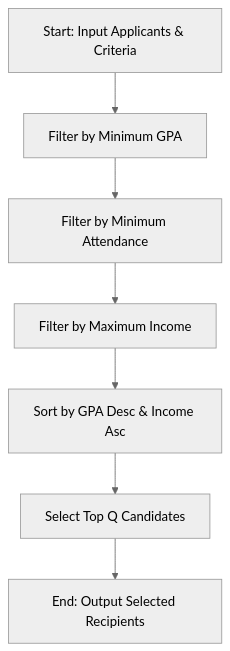
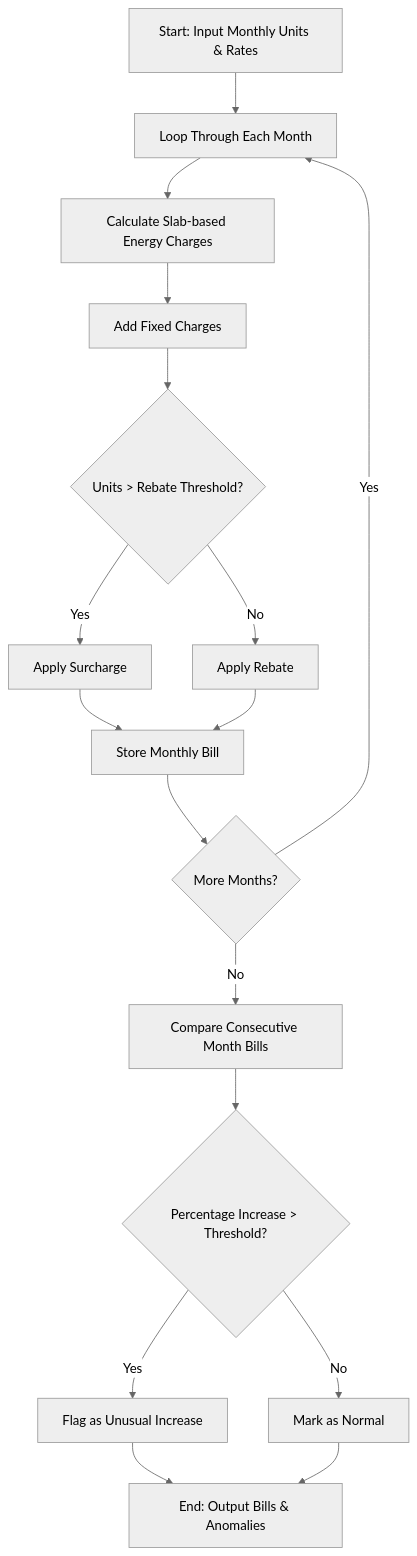
The diagram in task1/code.md (maheshjuvvanaboyina-glitch/python-activity-assignments), drawn with Mermaid (neutral theme) before and after one commit. The commit also changed other lines of this file, not shown here.

````diff
--- a/task1/code.md
+++ b/task1/code.md
@@ -26,10 +30,20 @@
 ```mermaid
 flowchart TD
-    A[Start: Input Applicants & Criteria] --> B[Filter by Minimum GPA]
-    B --> C[Filter by Minimum Attendance]
-    C --> D[Filter by Maximum Income]
-    D --> E[Sort by GPA Desc & Income Asc]
-    E --> F[Select Top Q Candidates]
-    F --> G[End: Output Selected Recipients]
+    A[Start: Input Monthly Units & Rates] --> B[Loop Through Each Month]
+    B --> C[Calculate Slab-based Energy Charges]
+    C --> D[Add Fixed Charges]
+    D --> E{Units > Rebate Threshold?}
+    E -- Yes --> F[Apply Surcharge]
+    E -- No --> G[Apply Rebate]
+    F --> H[Store Monthly Bill]
+    G --> H
+    H --> I{More Months?}
+    I -- Yes --> B
+    I -- No --> J[Compare Consecutive Month Bills]
+    J --> K{Percentage Increase > Threshold?}
+    K -- Yes --> L[Flag as Unusual Increase]
+    K -- No --> M[Mark as Normal]
+    L --> N[End: Output Bills & Anomalies]
+    M --> N
 
 ```
````
